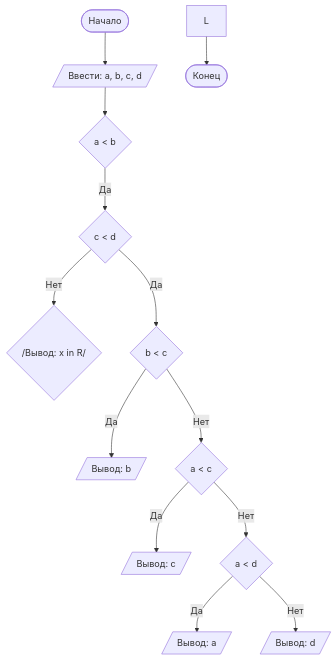
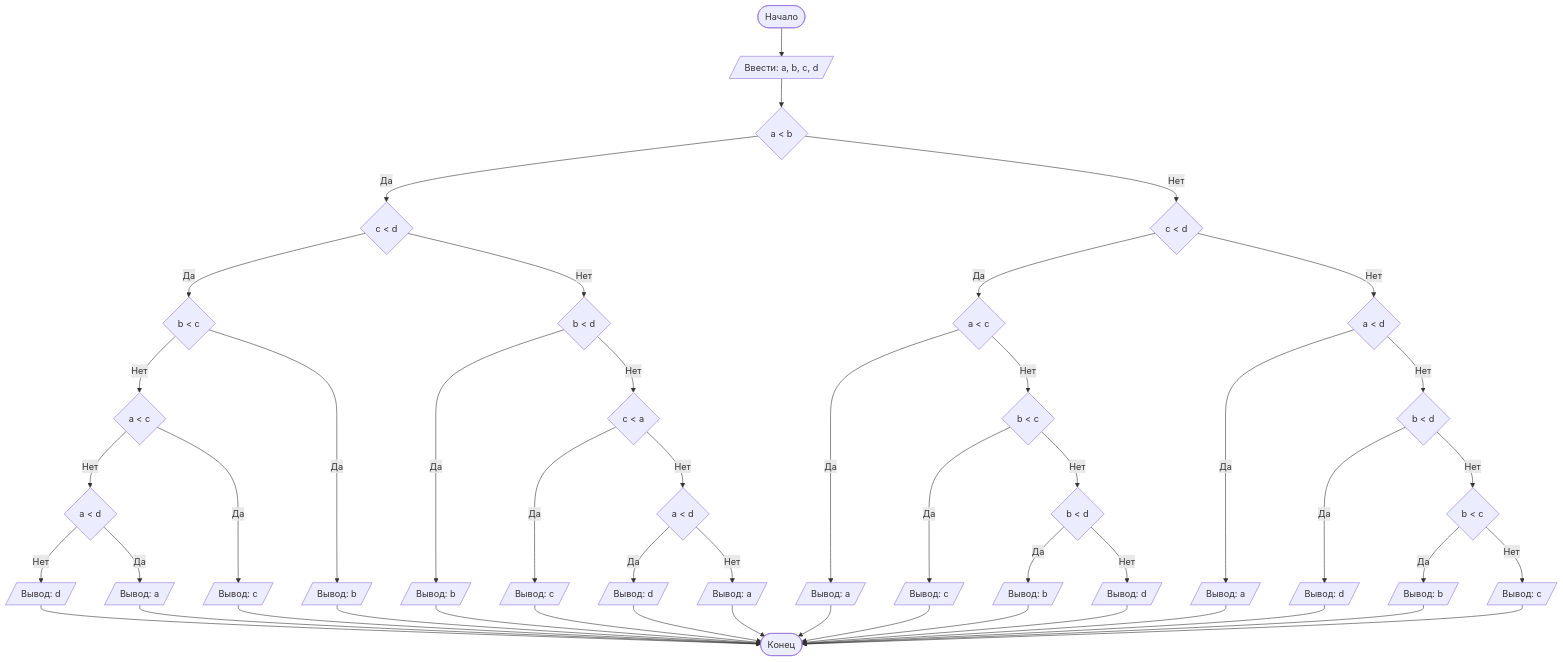
The diagram in README.md (FHoup/Lab1), drawn with Mermaid before and after one commit. The commit also changed other lines of this file, not shown here.

````diff
--- a/README.md
+++ b/README.md
@@ -77,15 +74,36 @@
 ```mermaid
 graph TD
     A([Начало]) --> B[/Ввести: a, b, c, d/]
     B --> C{a < b}
     C -- Да --> I{c < d}
-    I -- Нет --> J{/Вывод: x in R/}
+    I -- Нет --> J{b < d}
     I -- Да --> K{b < c}
+    T1 -- Нет --> T3{a < d}
+    J -- Да --> T[/Вывод: b/]
+    T3 -- Нет --> T5[/Вывод: a/]
+    T1 -- Да --> T2[/Вывод: c/]
+    T3 -- Да --> T4[/Вывод: d/]
+    K -- Нет --> X{a < c}
     K -- Да --> V[/Вывод: b/]
-    K -- Нет --> X{a < c}
+    X -- Нет --> O{a < d}
     X -- Да --> P[/Вывод: c/]
-    X -- Нет --> O{a < d}
+    O -- Нет --> N[/Вывод: d/]
     O -- Да --> Y[/Вывод: a/]
-    O -- Нет --> N[/Вывод: d/]
-    L --> Z([Конец])
+    J -- Нет --> T1{c < a}
+    C -- Нет --> I1{c < d}
+    I1 -- Да --> J1{a < c}
+    I1 -- Нет --> K1{a < d}
+    J1 -- Да --> R[/Вывод: a/]
+    J1 -- Нет --> R1{b < c}
+    R1 -- Да --> R2[/Вывод: c/]
+    R1 -- Нет --> R3{b < d}
+    R3 -- Да --> R4[/Вывод: b/]
+    R3 -- Нет --> R5[/Вывод: d/]
+    K1 -- Да --> V1[/Вывод: a/]
+    K1 -- Нет --> X1{b < d}
+    X1 -- Да --> P1[/Вывод: d/]
+    X1 -- Нет --> O1{b < c}
+    O1 -- Да --> Y1[/Вывод: b/]
+    O1 -- Нет --> N1[/Вывод: c/]
+    N & Y & P & V & T & T2 & T4 & T5 & R & R2 & R4 & R5 & V1 & P1 & Y1 & N1  --> Z([Конец])
 ```
````
